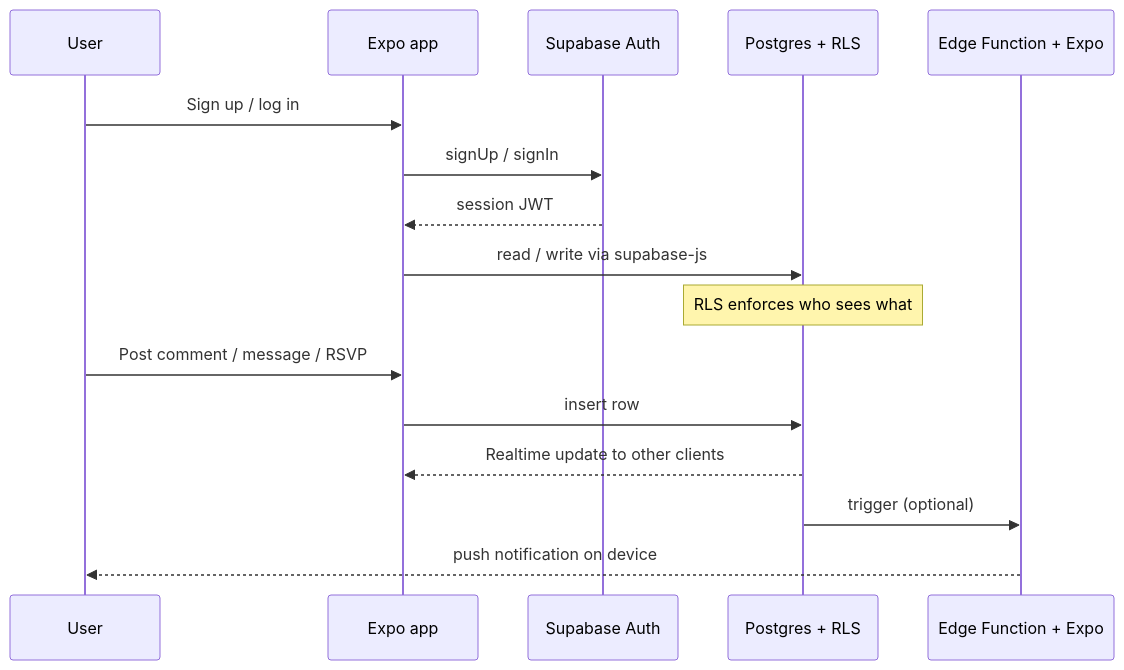
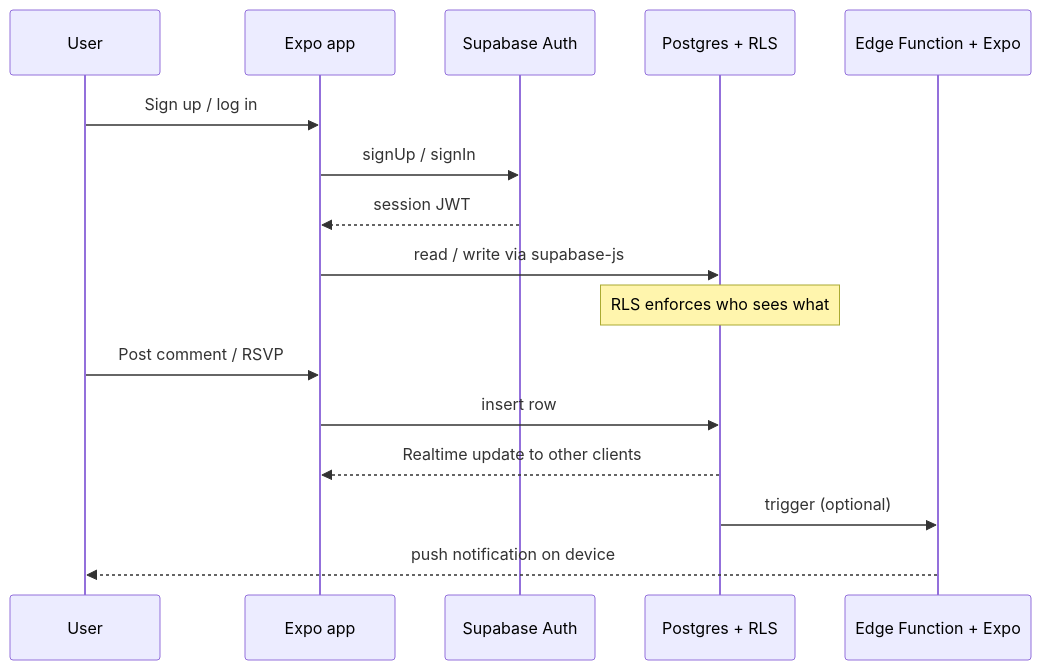
The third of 5 diagrams in docs/ARCHITECTURE.md (yunx14/PickleballCX), drawn with Mermaid before and after one commit. The commit also changed other lines of this file and 61 other files, not shown here.

````diff
--- a/docs/ARCHITECTURE.md
+++ b/docs/ARCHITECTURE.md
@@ -108,20 +102,20 @@
 ```mermaid
 sequenceDiagram
   participant User
   participant App as Expo app
   participant Auth as Supabase Auth
   participant DB as Postgres + RLS
   participant Push as Edge Function + Expo
 
   User->>App: Sign up / log in
   App->>Auth: signUp / signIn
   Auth-->>App: session JWT
   App->>DB: read / write via supabase-js
   Note over DB: RLS enforces who sees what
 
-  User->>App: Post comment / message / RSVP
+  User->>App: Post comment / RSVP
   App->>DB: insert row
   DB-->>App: Realtime update to other clients
   DB->>Push: trigger (optional)
   Push-->>User: push notification on device
 ```
````
